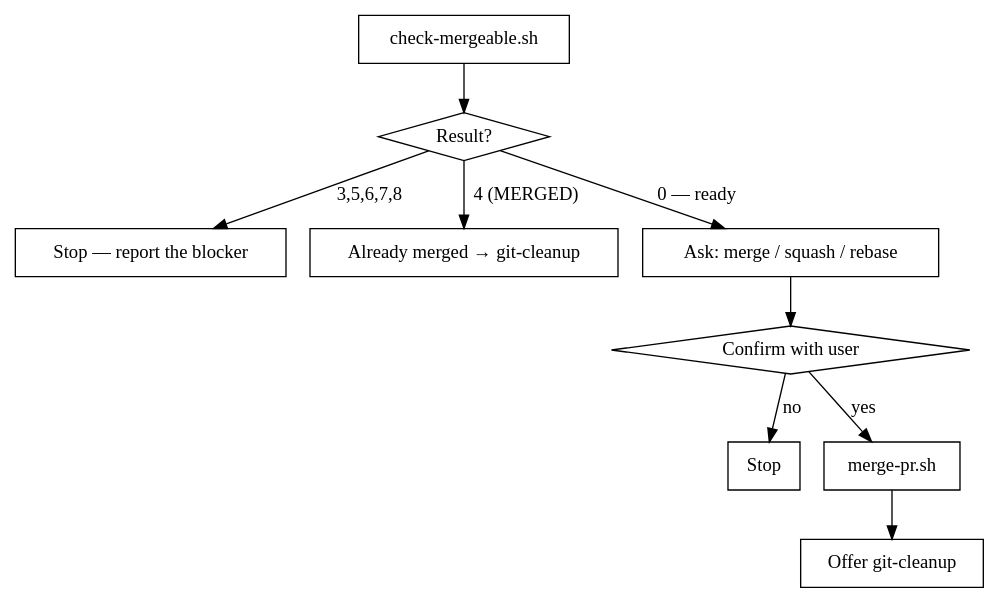
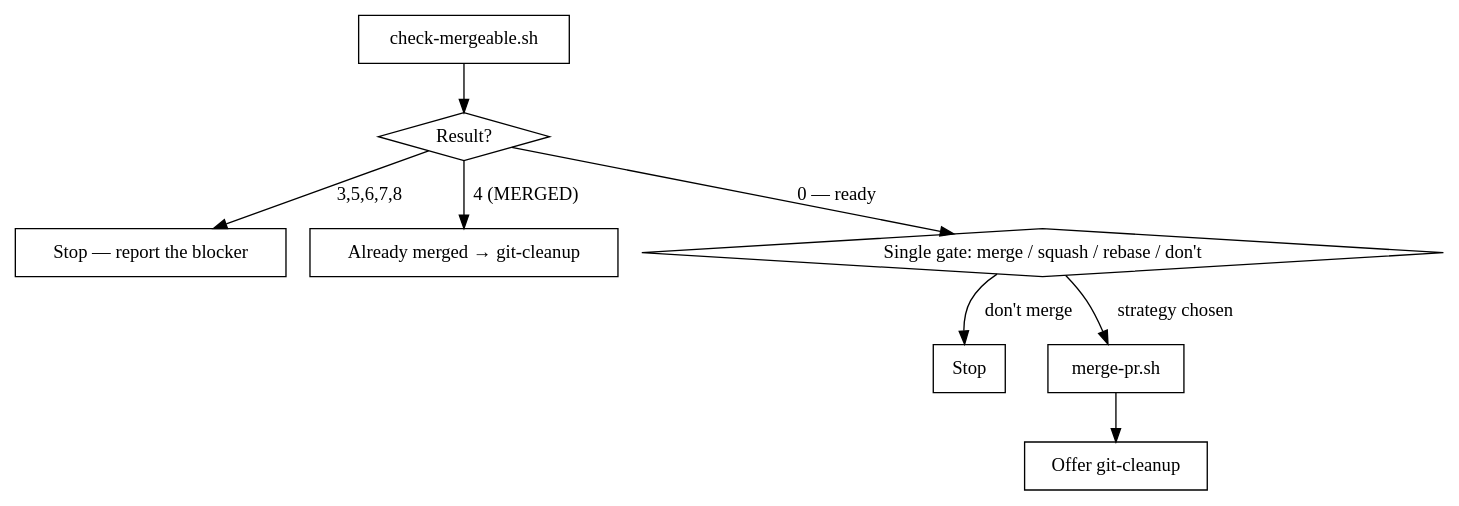
One commit to l0lxl0lw/dotfiles changed the diagram in ai/shared/skills/git/git-merge-pr/SKILL.md. Above: the diagram before and after it, drawn with Graphviz. The commit also changed other lines of this file and 4 other files, not shown here.

First line of the commit message:
refactor(skills): collapse the git skills to a single question gate

````diff
--- a/ai/shared/skills/git/git-merge-pr/SKILL.md
+++ b/ai/shared/skills/git/git-merge-pr/SKILL.md
@@ -26,22 +26,20 @@
 ```dot
 digraph mergepr {
     "check-mergeable.sh" [shape=box];
     "Result?" [shape=diamond];
     "Stop — report the blocker" [shape=box];
     "Already merged → git-cleanup" [shape=box];
-    "Ask: merge / squash / rebase" [shape=box];
-    "Confirm with user" [shape=diamond];
+    "Single gate: merge / squash / rebase / don't" [shape=diamond];
     "Stop" [shape=box];
     "merge-pr.sh" [shape=box];
     "Offer git-cleanup" [shape=box];
 
     "check-mergeable.sh" -> "Result?";
     "Result?" -> "Already merged → git-cleanup" [label="4 (MERGED)"];
     "Result?" -> "Stop — report the blocker" [label="3,5,6,7,8"];
-    "Result?" -> "Ask: merge / squash / rebase" [label="0 — ready"];
-    "Ask: merge / squash / rebase" -> "Confirm with user";
-    "Confirm with user" -> "Stop" [label="no"];
-    "Confirm with user" -> "merge-pr.sh" [label="yes"];
+    "Result?" -> "Single gate: merge / squash / rebase / don't" [label="0 — ready"];
+    "Single gate: merge / squash / rebase / don't" -> "Stop" [label="don't merge"];
+    "Single gate: merge / squash / rebase / don't" -> "merge-pr.sh" [label="strategy chosen"];
     "merge-pr.sh" -> "Offer git-cleanup";
 }
 ```
````
